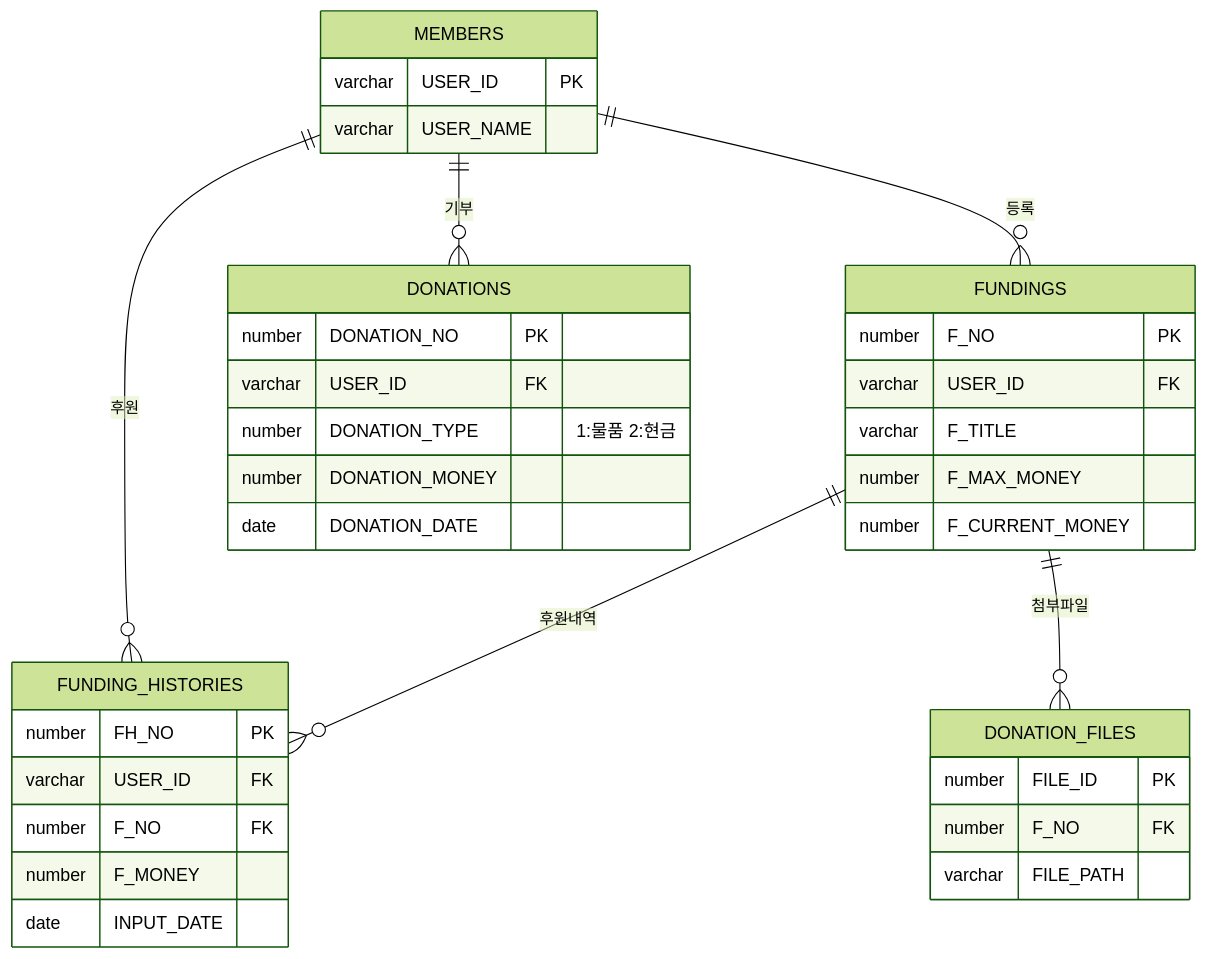
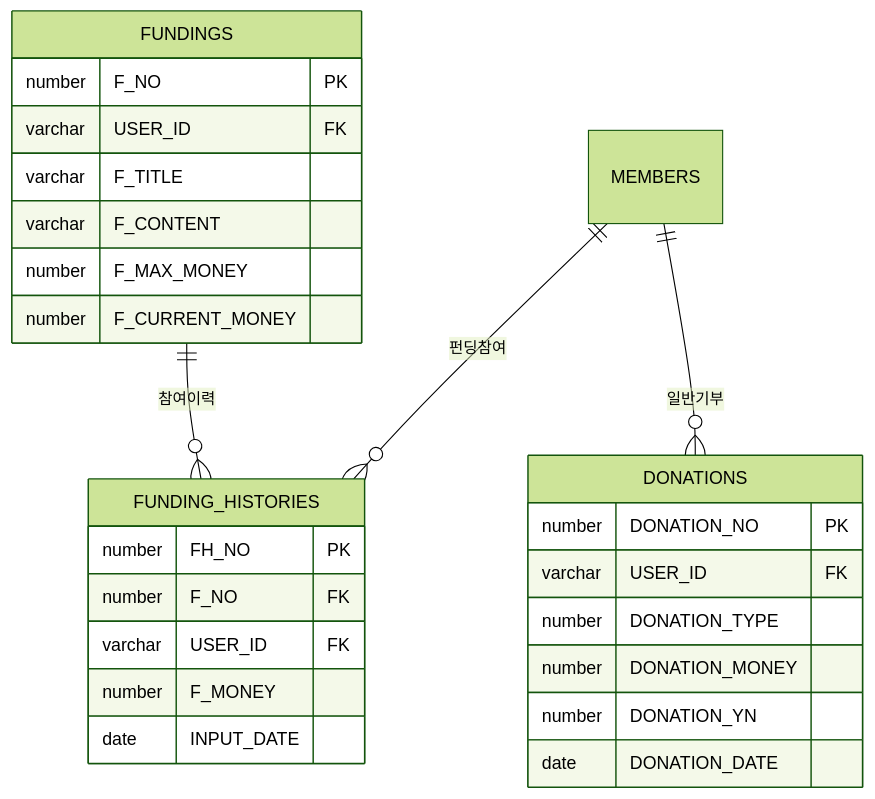
Before and after one commit to KJH-Portfolio/202511-stray-dog-volunteer: the fourth of 6 diagrams in erd.md, drawn with Mermaid (forest theme). The commit also changed other lines of this file and 3 other files, not shown here.

````diff
--- a/erd.md
+++ b/erd.md
@@ -430,39 +539,29 @@
 ```mermaid
 erDiagram
-    MEMBERS {
-        varchar USER_ID PK
-        varchar USER_NAME
-    }
     FUNDINGS {
-        number  F_NO PK
+        number F_NO PK
         varchar USER_ID FK
         varchar F_TITLE
-        number  F_MAX_MONEY
-        number  F_CURRENT_MONEY
+        varchar F_CONTENT
+        number F_MAX_MONEY
+        number F_CURRENT_MONEY
     }
     FUNDING_HISTORIES {
-        number  FH_NO PK
+        number FH_NO PK
+        number F_NO FK
         varchar USER_ID FK
-        number  F_NO FK
-        number  F_MONEY
-        date    INPUT_DATE
-    }
-    DONATION_FILES {
-        number  FILE_ID PK
-        number  F_NO FK
-        varchar FILE_PATH
+        number F_MONEY
+        date INPUT_DATE
     }
     DONATIONS {
-        number  DONATION_NO PK
+        number DONATION_NO PK
         varchar USER_ID FK
-        number  DONATION_TYPE "1:물품 2:현금"
-        number  DONATION_MONEY
-        date    DONATION_DATE
+        number DONATION_TYPE
+        number DONATION_MONEY
+        number DONATION_YN
+        date DONATION_DATE
     }
-
-    MEMBERS ||--o{ FUNDINGS : "등록"
-    FUNDINGS ||--o{ FUNDING_HISTORIES : "후원내역"
-    MEMBERS ||--o{ FUNDING_HISTORIES : "후원"
-    FUNDINGS ||--o{ DONATION_FILES : "첨부파일"
-    MEMBERS ||--o{ DONATIONS : "기부"
+    FUNDINGS ||--o{ FUNDING_HISTORIES : "참여이력"
+    MEMBERS ||--o{ FUNDING_HISTORIES : "펀딩참여"
+    MEMBERS ||--o{ DONATIONS : "일반기부"
 ```
````
